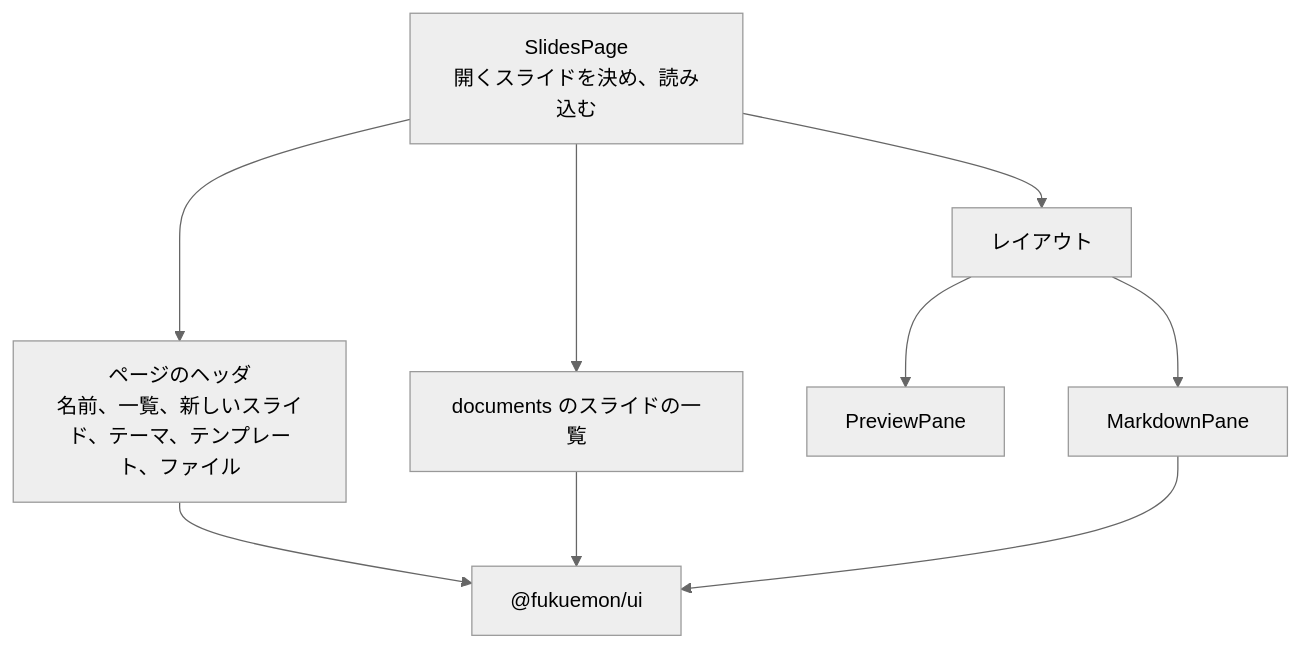
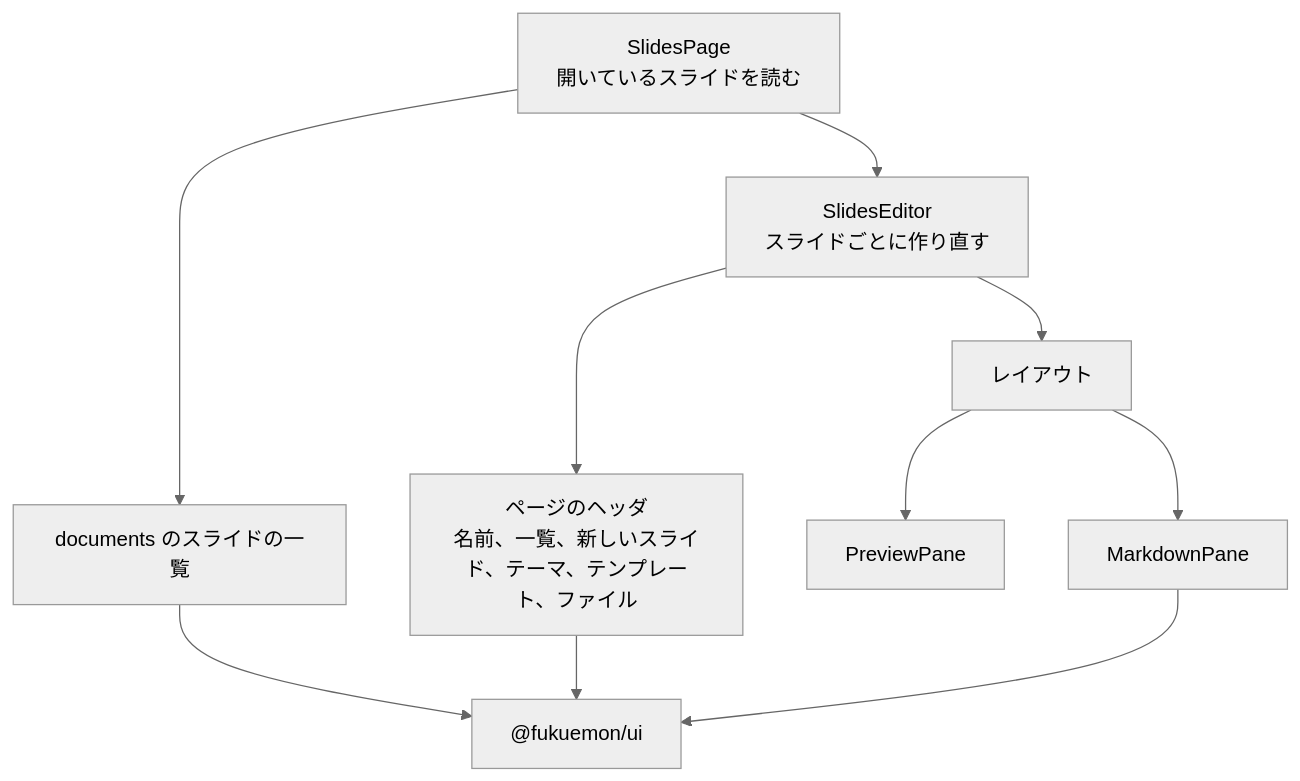
The second of 4 diagrams in docs/design/features/slides/DesignDoc.md (Fukuemon/fukuemon.dev), drawn with Mermaid (neutral theme) before and after one commit. The commit also changed other lines of this file and 1 other file, not shown here.

First line of the commit message:
docs(design): スライドの設計の architecture のレビューの指摘を反映する #114

````diff
--- a/docs/design/features/slides/DesignDoc.md
+++ b/docs/design/features/slides/DesignDoc.md
@@ -192,16 +210,18 @@
 ```mermaid
 flowchart TB
-  page["SlidesPage<br/>開くスライドを決め、読み込む"]
+  page["SlidesPage<br/>開いているスライドを読む"]
+  doc["SlidesEditor<br/>スライドごとに作り直す"]
   header["ページのヘッダ<br/>名前、一覧、新しいスライド、テーマ、テンプレート、ファイル"]
   layout["レイアウト"]
   editor["MarkdownPane"]
   preview["PreviewPane"]
   list["documents のスライドの一覧"]
   ui["@fukuemon/ui"]
 
-  page --> header --> ui
-  page --> layout
+  page --> doc
   page --> list --> ui
+  doc --> header --> ui
+  doc --> layout
   layout --> editor --> ui
   layout --> preview
 ```
````
